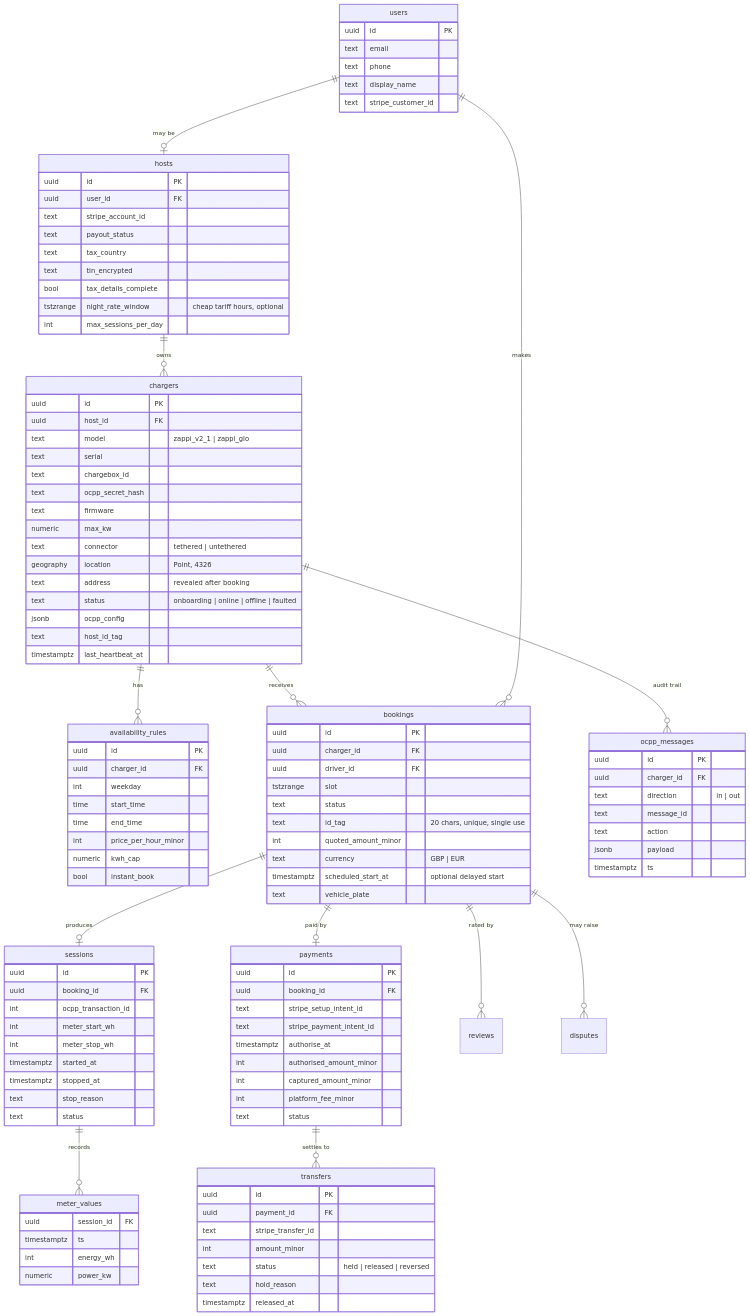
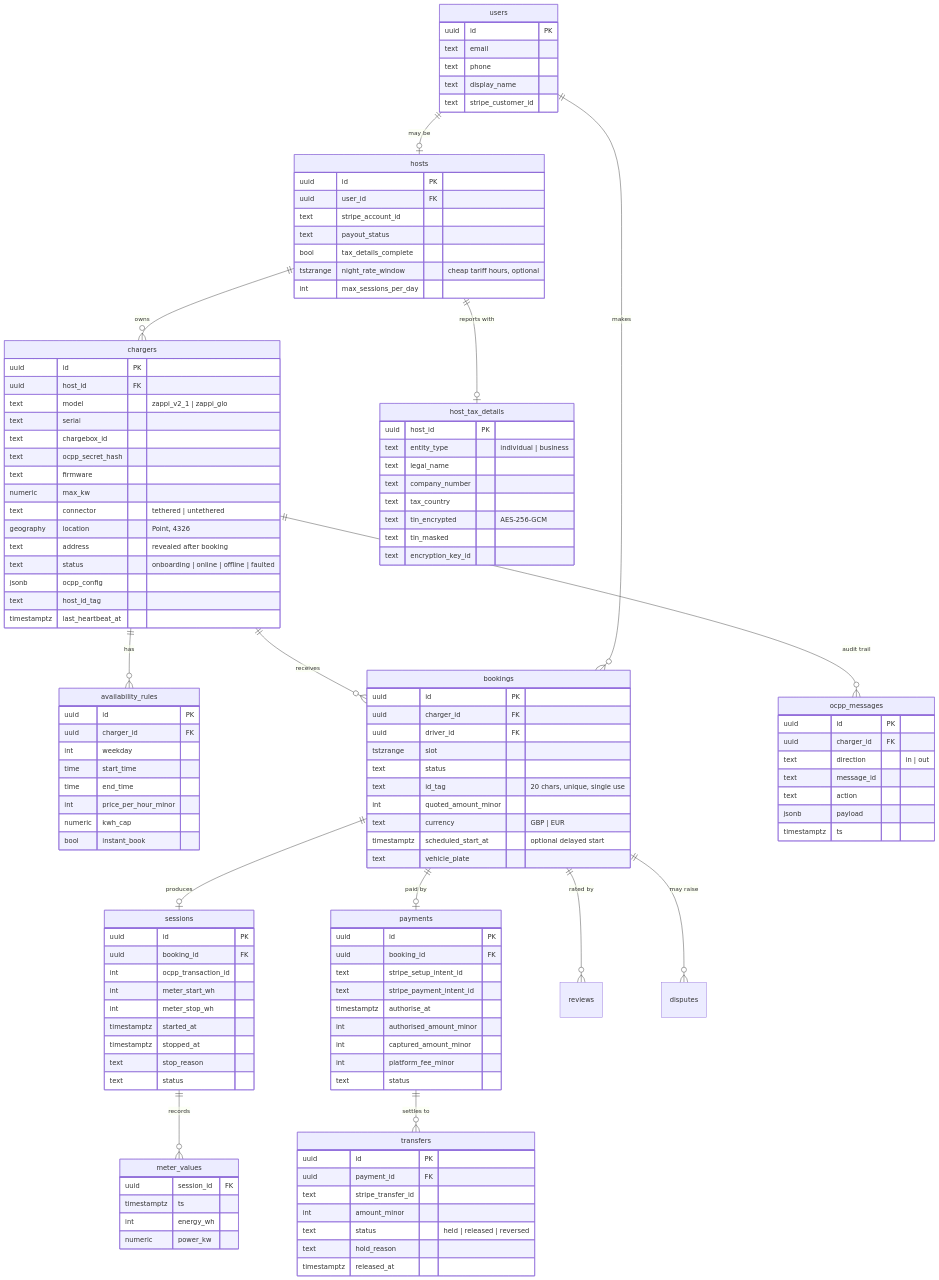
One commit to sprintengine/nd changed the second of 5 diagrams in docs/ARCHITECTURE.md. Above: the diagram before and after it, drawn with Mermaid. The commit also changed other lines of this file and 2 other files, not shown here.

Commit message:
docs: describe message providers, tax details, account deletion and retention
The API README lists the new environment, how each piece works and the
two daily jobs; the runbook says how to rotate the tax encryption key; the
architecture shows host_tax_details and the new routes.

```diff
--- a/docs/ARCHITECTURE.md
+++ b/docs/ARCHITECTURE.md
@@ -86,6 +86,7 @@
 erDiagram
   users ||--o| hosts : "may be"
   hosts ||--o{ chargers : owns
+  hosts ||--o| host_tax_details : "reports with"
   chargers ||--o{ availability_rules : has
   chargers ||--o{ bookings : receives
   users ||--o{ bookings : makes
@@ -109,11 +110,19 @@
     uuid user_id FK
     text stripe_account_id
     text payout_status
-    text tax_country
-    text tin_encrypted
     bool tax_details_complete
     tstzrange night_rate_window "cheap tariff hours, optional"
     int max_sessions_per_day
+  }
+  host_tax_details {
+    uuid host_id PK
+    text entity_type "individual | business"
+    text legal_name
+    text company_number
+    text tax_country
+    text tin_encrypted "AES-256-GCM"
+    text tin_masked
+    text encryption_key_id
   }
   chargers {
     uuid id PK
```
